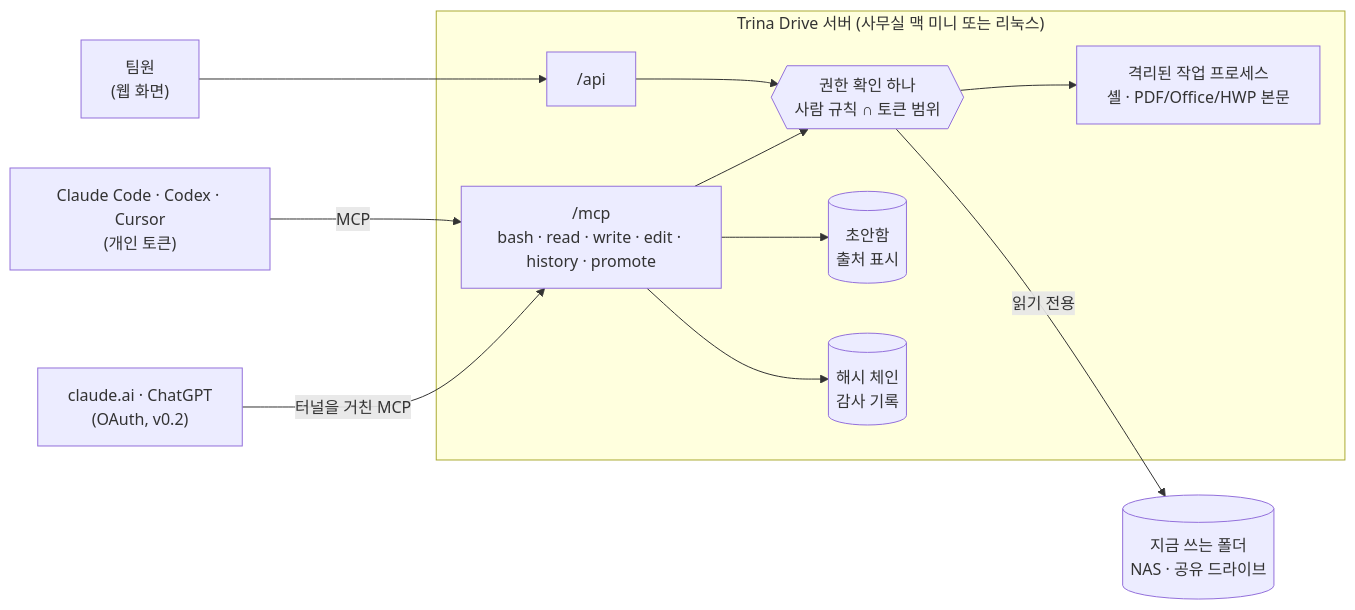
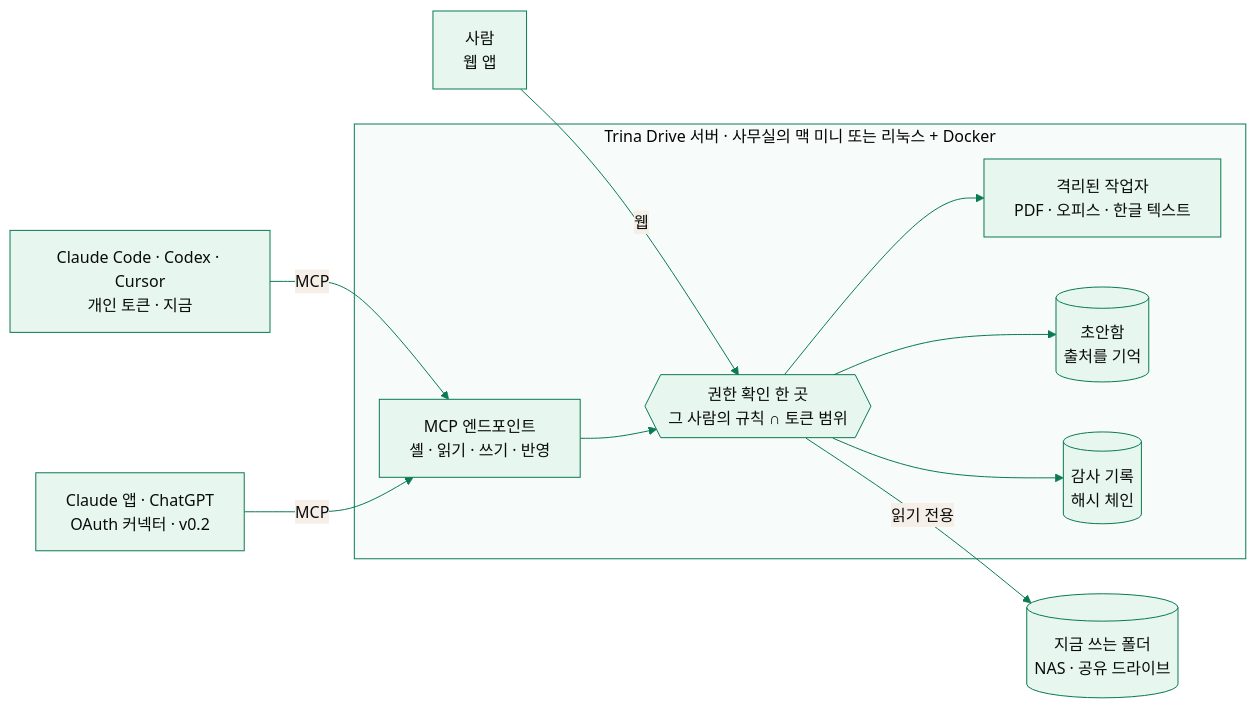
One commit to potenlab/trina-drive changed the diagram in README.ko.md. Above: the diagram before and after it, drawn with Mermaid. The commit also changed other lines of this file, not shown here.

````diff
--- a/README.ko.md
+++ b/README.ko.md
@@ -108,14 +154,14 @@
 ```mermaid
+%%{init: {"theme": "base", "themeVariables": {"primaryColor": "#e7f6ef", "primaryBorderColor": "#0a7a53", "primaryTextColor": "#0a0b0d", "lineColor": "#0a7a53", "clusterBkg": "#f7fbf9", "clusterBorder": "#0a7a53"}}}%%
 flowchart LR
-  A["Claude Code · Codex · Cursor<br/>(개인 토큰)"] -->|MCP| M
-  B["claude.ai · ChatGPT<br/>(OAuth, v0.2)"] -->|터널을 거친 MCP| M
-  P["팀원<br/>(웹 화면)"] --> W
-  subgraph S["Trina Drive 서버 (사무실 맥 미니 또는 리눅스)"]
-    M["/mcp<br/>bash · read · write · edit · history · promote"] --> F{{"권한 확인 하나<br/>사람 규칙 ∩ 토큰 범위"}}
-    W["/api"] --> F
-    M --> D[("초안함<br/>출처 표시")]
-    M --> L[("해시 체인<br/>감사 기록")]
-    F --> X["격리된 작업 프로세스<br/>셸 · PDF/Office/HWP 본문"]
+  A["Claude Code · Codex · Cursor<br/>개인 토큰 · 지금"] -->|MCP| M
+  B["Claude 앱 · ChatGPT<br/>OAuth 커넥터 · v0.2"] -->|MCP| M
+  P["사람<br/>웹 앱"] -->|웹| G
+  subgraph S["Trina Drive 서버 · 사무실의 맥 미니 또는 리눅스 + Docker"]
+    M["MCP 엔드포인트<br/>셸 · 읽기 · 쓰기 · 반영"] --> G{{"권한 확인 한 곳<br/>그 사람의 규칙 ∩ 토큰 범위"}}
+    G --> X["격리된 작업자<br/>PDF · 오피스 · 한글 텍스트"]
+    G --> D[("초안함<br/>출처를 기억")]
+    G --> L[("감사 기록<br/>해시 체인")]
   end
-  F -->|읽기 전용| N[("지금 쓰는 폴더<br/>NAS · 공유 드라이브")]
+  G -->|읽기 전용| F[("지금 쓰는 폴더<br/>NAS · 공유 드라이브")]
 ```
````
